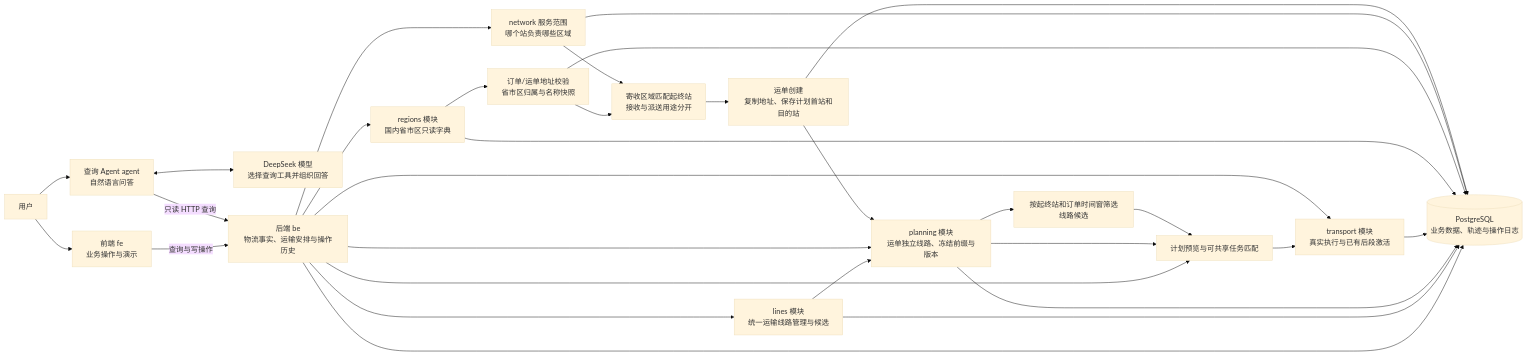
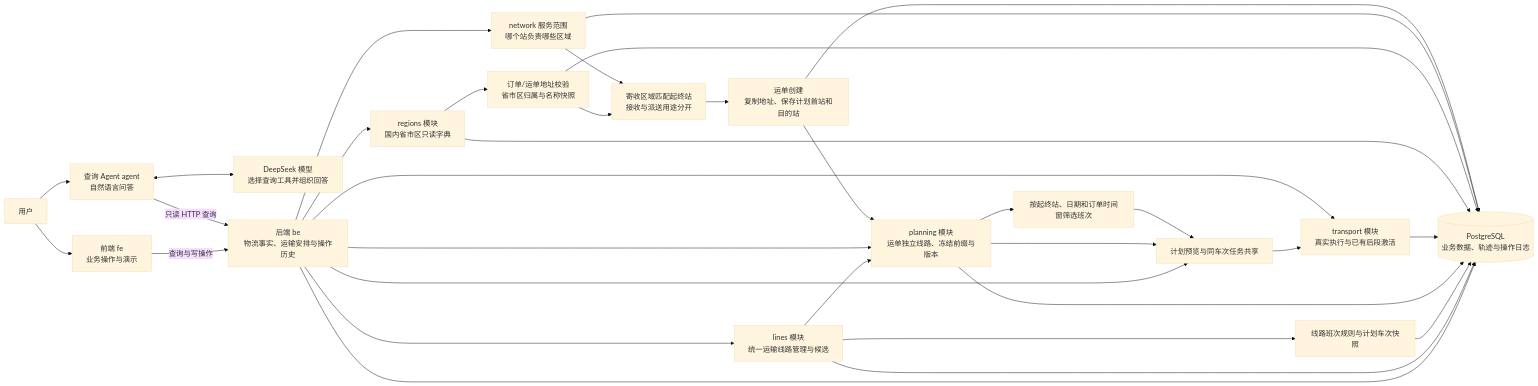
Before and after one commit to NikFranki/jingpo-logistics-system: the diagram in AGENTS.md, drawn with Mermaid (base theme). The commit also changed other lines of this file and 40 other files, not shown here.

````diff
--- a/AGENTS.md
+++ b/AGENTS.md
@@ -20,32 +20,34 @@
 ```mermaid
 flowchart LR
     U[用户] --> FE[前端 fe\n业务操作与演示]
     U --> CLI[查询 Agent agent\n自然语言问答]
     CLI <--> LLM[DeepSeek 模型\n选择查询工具并组织回答]
     FE -->|查询与写操作| BE[后端 be\n物流事实、运输安排与操作历史]
     CLI -->|只读 HTTP 查询| BE
     BE --> DB[(PostgreSQL\n业务数据、轨迹与操作日志)]
     BE --> L[lines 模块\n统一运输线路管理与候选]
     L --> DB
+    L --> LS[线路班次规则与计划车次快照]
+    LS --> DB
     L --> P
     BE --> P[planning 模块\n运单独立线路、冻结前缀与版本]
     P --> DB
     BE --> S[scheduling 模块\n审核时间、任务链与预测]
     P --> S
     S --> T[transport 模块\n真实执行与已有后段激活]
     BE --> T
     T --> DB
     BE --> R[regions 模块\n国内省市区只读字典]
     R --> DB
     R --> A[订单/运单地址校验\n省市区归属与名称快照]
     A --> DB
     BE --> N[network 服务范围\n哪个站负责哪些区域]
     N --> DB
     A --> M[寄收区域匹配起终站\n接收与派送用途分开]
     N --> M
     M --> C[运单创建\n复制地址、保存计划首站和目的站]
     C --> DB
     C --> P
-    P --> V[按起终站和订单时间窗筛选线路候选]
-    V --> S[计划预览与可共享任务匹配]
+    P --> V[按起终站、日期和订单时间窗筛选班次]
+    V --> S[计划预览与同车次任务共享]
 ```
````
